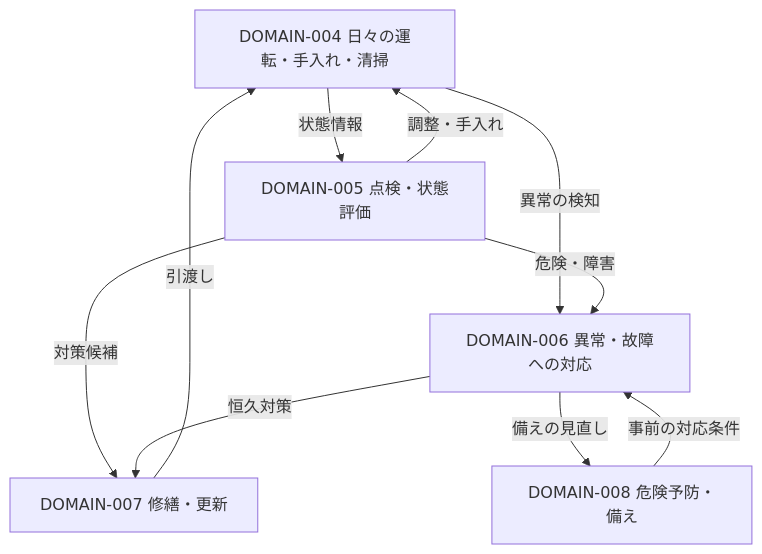
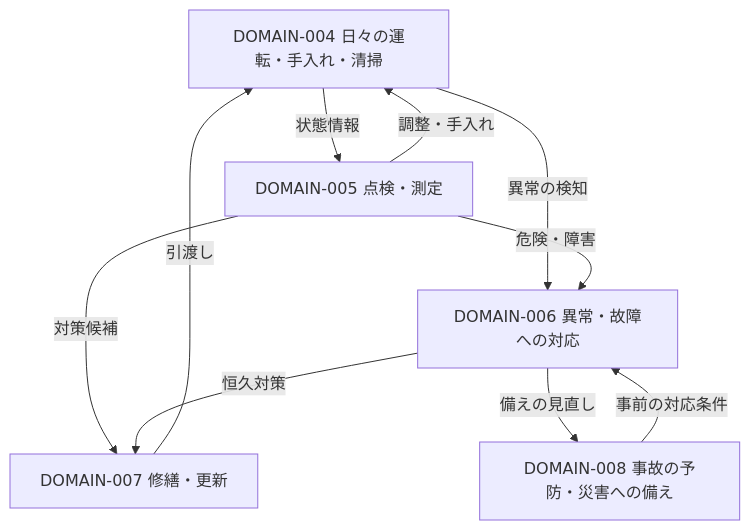
One commit to tsumasaki-kurageya/bm-knowledge changed the diagram in docs/01-domains/overview.md. Above: the diagram before and after it, drawn with Mermaid. The commit also changed other lines of this file and 46 other files, not shown here.

````diff
--- a/docs/01-domains/overview.md
+++ b/docs/01-domains/overview.md
@@ -41,17 +39,17 @@
 ```mermaid
 flowchart TD
   D4["DOMAIN-004 日々の運転・手入れ・清掃"]
-  D5["DOMAIN-005 点検・状態評価"]
+  D5["DOMAIN-005 点検・測定"]
   D6["DOMAIN-006 異常・故障への対応"]
   D7["DOMAIN-007 修繕・更新"]
-  D8["DOMAIN-008 危険予防・備え"]
+  D8["DOMAIN-008 事故の予防・災害への備え"]
   D4 -->|状態情報| D5
   D5 -->|調整・手入れ| D4
   D4 -->|異常の検知| D6
   D5 -->|危険・障害| D6
   D5 -->|対策候補| D7
   D6 -->|恒久対策| D7
   D7 -->|引渡し| D4
   D8 -->|事前の対応条件| D6
   D6 -->|備えの見直し| D8
 ```
````
